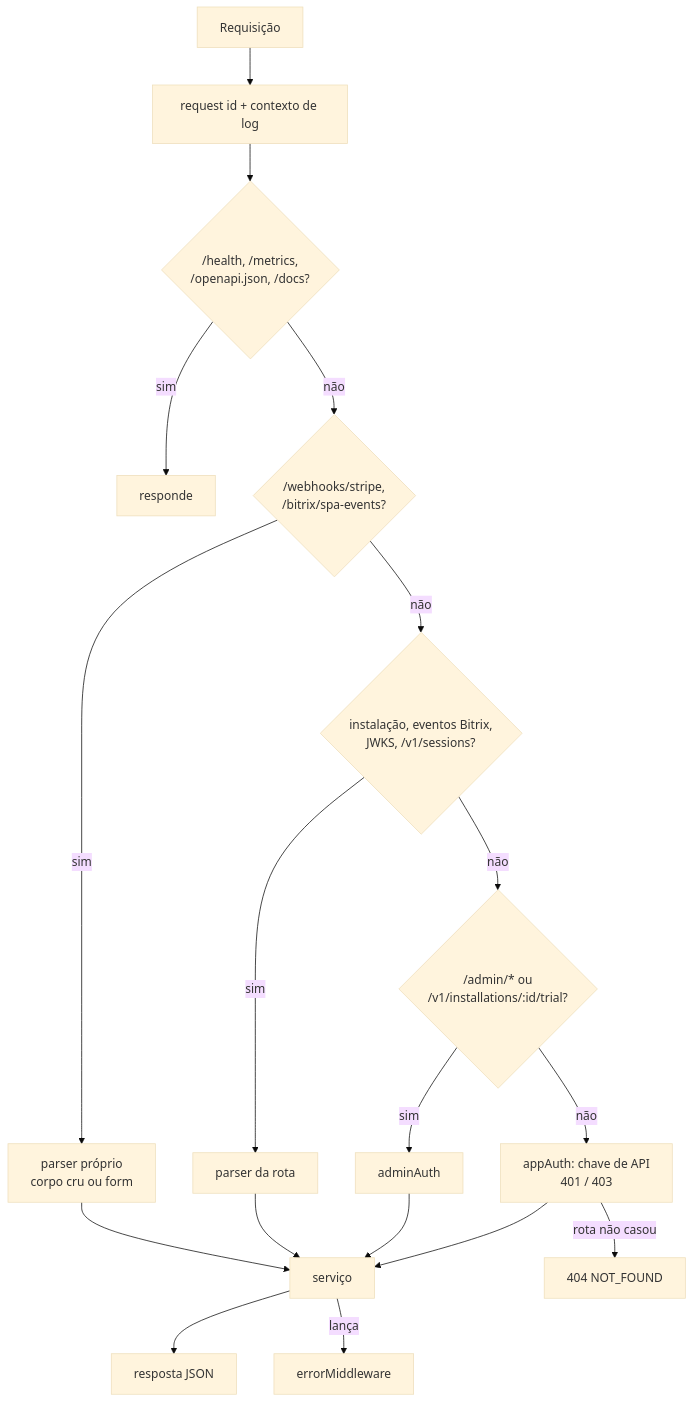
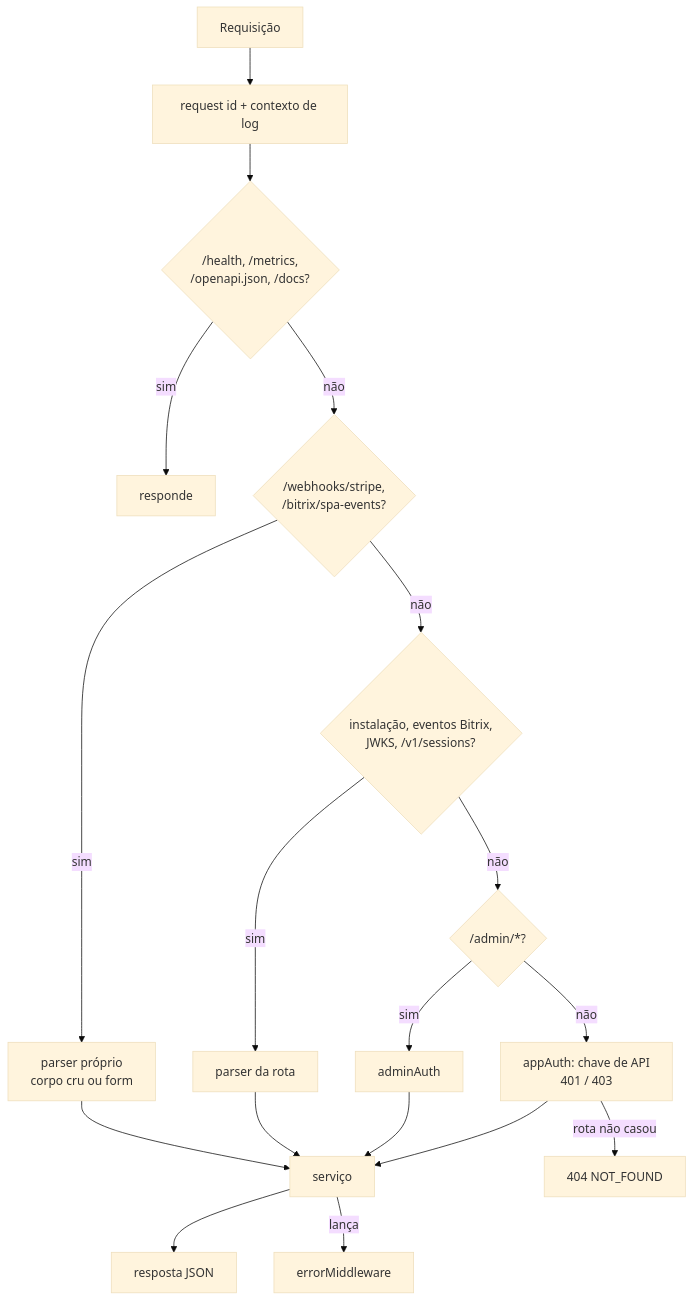
One commit to CRMThink-Sources/crmthink-platform changed the diagram in docs/technical/request-lifecycle.md. Above: the diagram before and after it, drawn with Mermaid (base theme). The commit also changed other lines of this file and 38 other files, not shown here.

````diff
--- a/docs/technical/request-lifecycle.md
+++ b/docs/technical/request-lifecycle.md
@@ -6,16 +6,16 @@
 ```mermaid
 flowchart TD
   IN[Requisição] --> RID[request id + contexto de log]
   RID --> H{/health, /metrics,<br/>/openapi.json, /docs?}
   H -- sim --> R1[responde]
   H -- não --> WH{/webhooks/stripe,<br/>/bitrix/spa-events?}
   WH -- sim --> RAW[parser próprio<br/>corpo cru ou form] --> SVC
   WH -- não --> PUB{instalação, eventos Bitrix,<br/>JWKS, /v1/sessions?}
   PUB -- sim --> PJ[parser da rota] --> SVC
-  PUB -- não --> ADM{/admin/* ou<br/>/v1/installations/:id/trial?}
+  PUB -- não --> ADM{/admin/*?}
   ADM -- sim --> AA[adminAuth] --> SVC
   ADM -- não --> APPAUTH[appAuth: chave de API<br/>401 / 403] --> SVC[serviço]
   SVC --> OK[resposta JSON]
   SVC -- lança --> ERR[errorMiddleware]
   APPAUTH -- rota não casou --> NF[404 NOT_FOUND]
 ```
````
